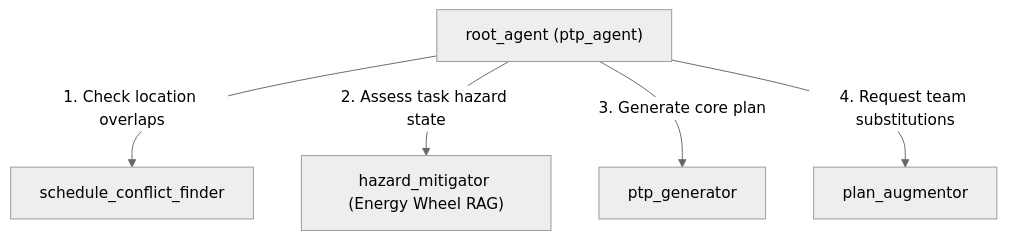
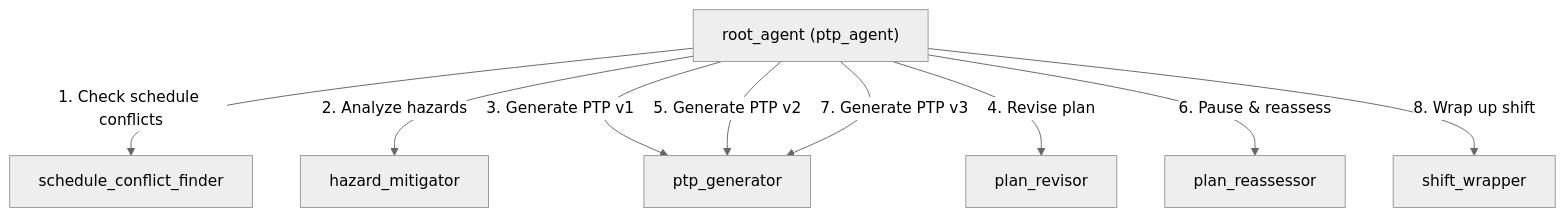
Before and after one commit to hning86/ptp_demo: the diagram in README.md, drawn with Mermaid (neutral theme). The commit also changed other lines of this file, not shown here.

````diff
--- a/README.md
+++ b/README.md
@@ -9,13 +9,19 @@
     ```mermaid
     flowchart TD
         R["root_agent (ptp_agent)"]
         S["schedule_conflict_finder"]
-        H["hazard_mitigator (Energy Wheel RAG)"]
+        H["hazard_mitigator"]
         P["ptp_generator"]
-        A["plan_augmentor"]
+        PR["plan_revisor"]
+        PA["plan_reassessor"]
+        W["shift_wrapper"]
 
-        R -->|"1. Check location overlaps"| S
-        R -->|"2. Assess task hazard state"| H
-        R -->|"3. Generate core plan"| P
-        R -->|"4. Request team substitutions"| A
+        R -->|"1. Check schedule conflicts"| S
+        R -->|"2. Analyze hazards"| H
+        R -->|"3. Generate PTP v1"| P
+        R -->|"4. Revise plan"| PR
+        R -->|"5. Generate PTP v2"| P
+        R -->|"6. Pause & reassess"| PA
+        R -->|"7. Generate PTP v3"| P
+        R -->|"8. Wrap up shift"| W
     ```
````
